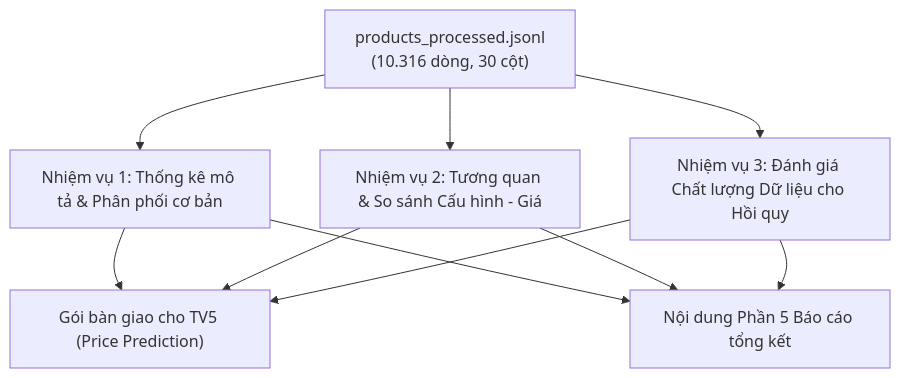
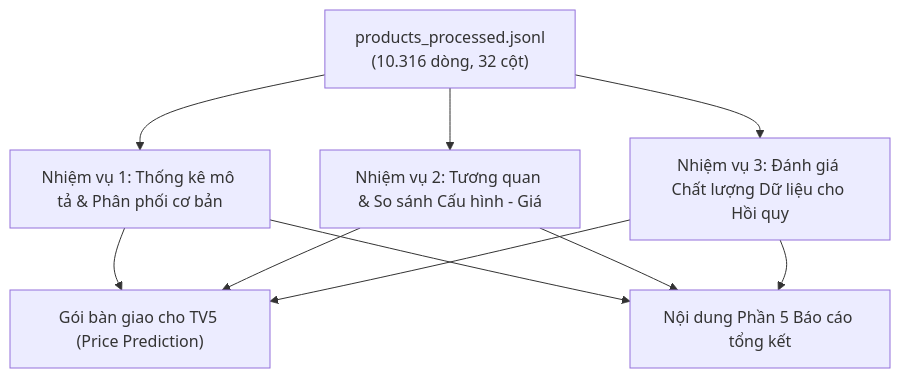
One commit to pvq-vn/it4930-ecommerce-data-intelligence changed the diagram in docs/tv3/tv3.md. Above: the diagram before and after it, drawn with Mermaid. The commit also changed other lines of this file and 109 other files, not shown here.

````diff
--- a/docs/tv3/tv3.md
+++ b/docs/tv3/tv3.md
@@ -81,12 +83,12 @@
 ```mermaid
 flowchart TD
-    A["products_processed.jsonl<br>(10.316 dòng, 30 cột)"] --> B["Nhiệm vụ 1: Thống kê mô tả & Phân phối cơ bản"]
+    A["products_processed.jsonl<br>(10.316 dòng, 32 cột)"] --> B["Nhiệm vụ 1: Thống kê mô tả & Phân phối cơ bản"]
     A --> C["Nhiệm vụ 2: Tương quan & So sánh Cấu hình - Giá"]
     A --> D["Nhiệm vụ 3: Đánh giá Chất lượng Dữ liệu cho Hồi quy"]
     B --> E["Gói bàn giao cho TV5 (Price Prediction)"]
     C --> E
     D --> E
     B --> F["Nội dung Phần 5 Báo cáo tổng kết"]
     C --> F
     D --> F
 ```
````
